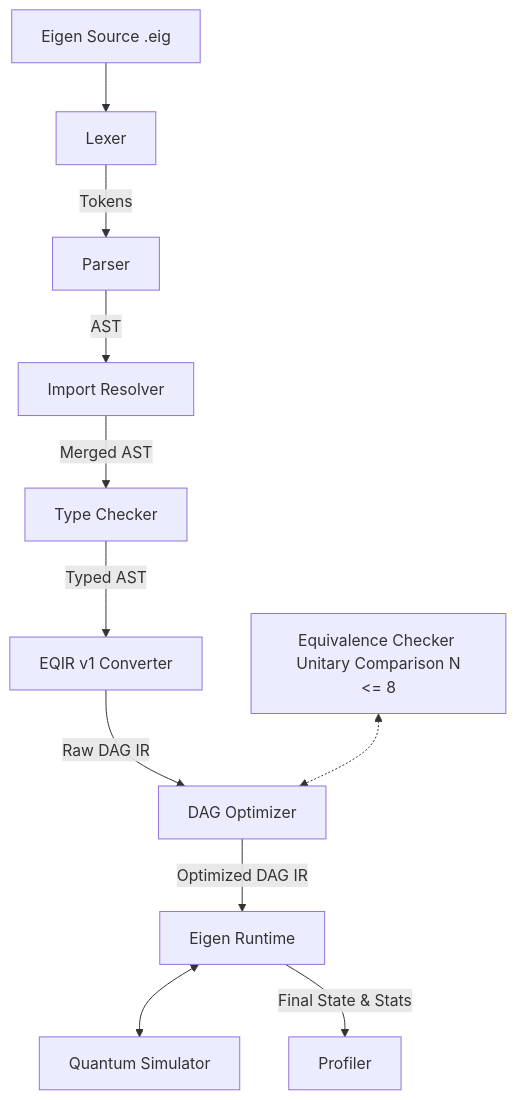
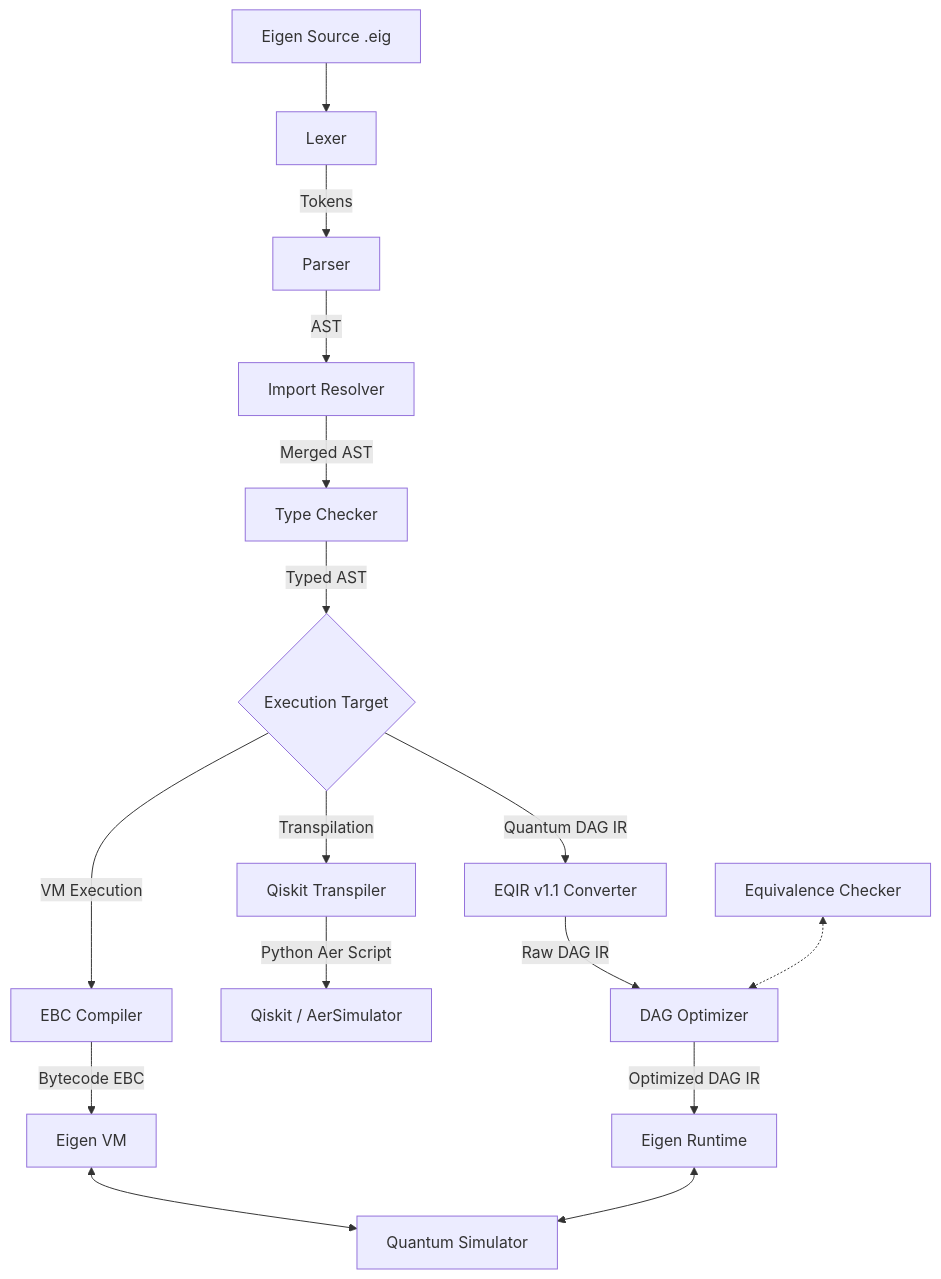
The diagram in README.md (Eigenresearch/Eigen), drawn with Mermaid before and after one commit. The commit also changed other lines of this file and 67 other files, not shown here.

Commit message:
feat: Stabilize Eigen 2.1 - Add backend smoke tests, update EQIR v1.1, add release metrics, and synchronize documentation

````diff
--- a/README.md
+++ b/README.md
@@ -7,14 +24,22 @@
 ```mermaid
 graph TD
     Source[Eigen Source .eig] --> Lexer[Lexer]
     Lexer -->|Tokens| Parser[Parser]
     Parser -->|AST| ImportResolver[Import Resolver]
     ImportResolver -->|Merged AST| TypeChecker[Type Checker]
-    TypeChecker -->|Typed AST| EQIRGen[EQIR v1 Converter]
+    TypeChecker -->|Typed AST| PipelineBranch{Execution Target}
+    
+    PipelineBranch -->|VM Execution| EBCCompiler[EBC Compiler]
+    EBCCompiler -->|Bytecode EBC| VM[Eigen VM]
+    VM <--> Simulator[Quantum Simulator]
+    
+    PipelineBranch -->|Transpilation| QiskitBackend[Qiskit Transpiler]
+    QiskitBackend -->|Python Aer Script| Qiskit[Qiskit / AerSimulator]
+    
+    PipelineBranch -->|Quantum DAG IR| EQIRGen[EQIR v1.1 Converter]
     EQIRGen -->|Raw DAG IR| Optimizer[DAG Optimizer]
     Optimizer -->|Optimized DAG IR| Runtime[Eigen Runtime]
-    Runtime <--> Simulator[Quantum Simulator]
-    Runtime -->|Final State & Stats| Profiler[Profiler]
+    Runtime <--> Simulator
     
-    SubGraphEquiv[Equivalence Checker <br> Unitary Comparison N <= 8] <.-> Optimizer
+    SubGraphEquiv[Equivalence Checker] <.-> Optimizer
 ```
````
